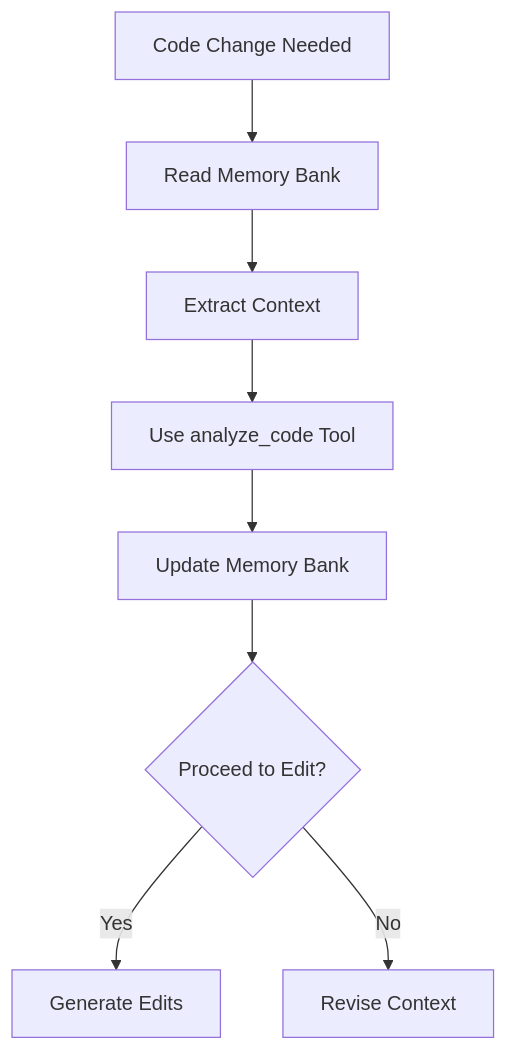
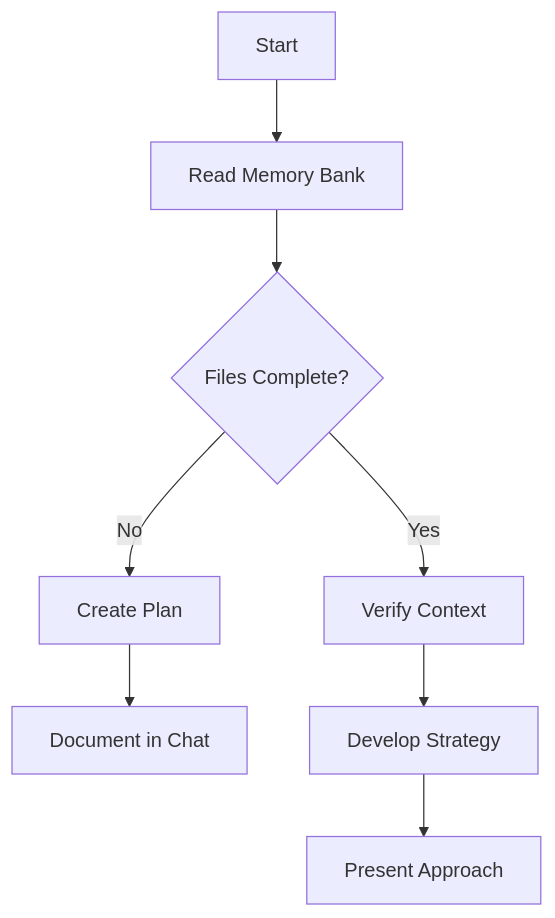
The third of 6 diagrams in instructions/custom_instructions.md (SimoKiihamaki/Budget-Coder), drawn with Mermaid before and after one commit. The commit also changed other lines of this file and 6 other files, not shown here.

````diff
--- a/instructions/custom_instructions.md
+++ b/instructions/custom_instructions.md
@@ -63,10 +133,12 @@
 ```mermaid
 flowchart TD
-    Start[Code Change Needed] --> ReadMB[Read Memory Bank]
-    ReadMB --> Extract[Extract Context]
-    Extract --> Analyze[Use analyze_code Tool]
-    Analyze --> UpdateMB[Update Memory Bank]
-    UpdateMB --> Proceed{Proceed to Edit?}
-    Proceed -->|Yes| Edit[Generate Edits]
-    Proceed -->|No| Revise[Revise Context]
+    Start[Start] --> ReadFiles[Read Memory Bank]
+    ReadFiles --> CheckFiles{Files Complete?}
+    
+    CheckFiles -->|No| Plan[Create Plan]
+    Plan --> Document[Document in Chat]
+    
+    CheckFiles -->|Yes| Verify[Verify Context]
+    Verify --> Strategy[Develop Strategy]
+    Strategy --> Present[Present Approach]
 ```
````
